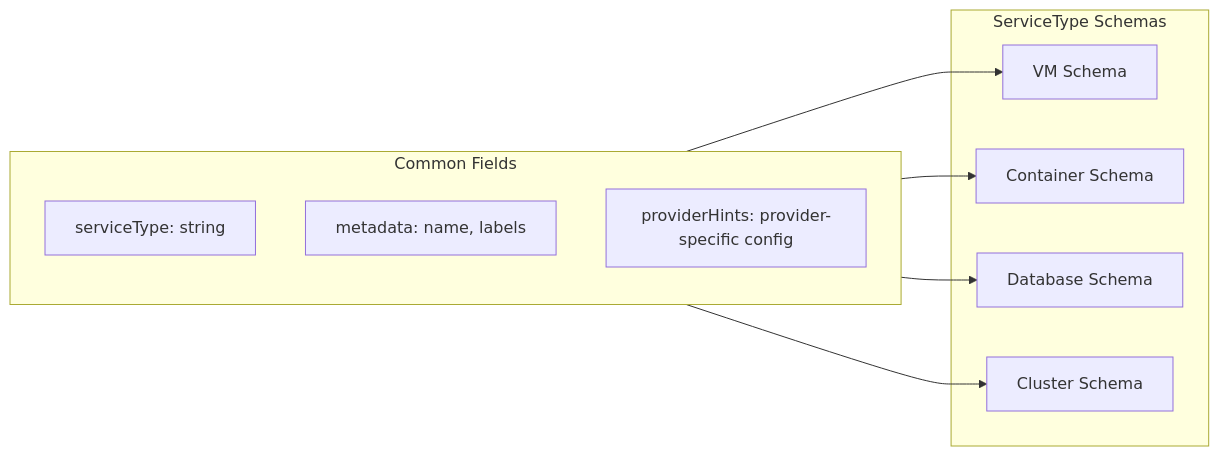
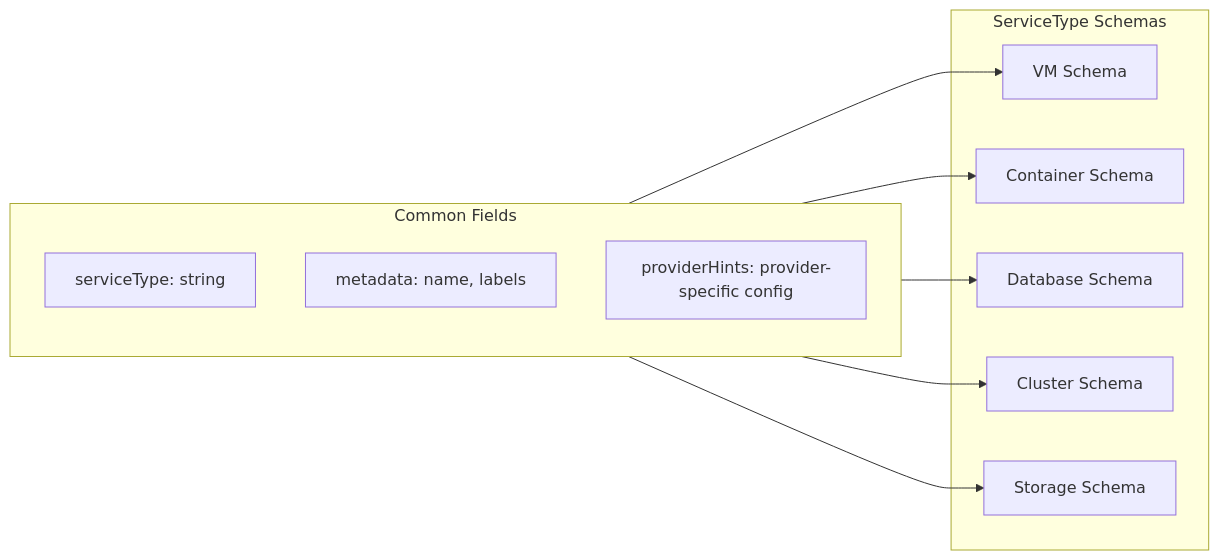
Before and after one commit to dcm-project/enhancements: the fourth of 19 diagrams in enhancements/user-flows/user-flows.md, drawn with Mermaid. The commit also changed other lines of this file and 5 other files, not shown here.

````diff
--- a/enhancements/user-flows/user-flows.md
+++ b/enhancements/user-flows/user-flows.md
@@ -285,20 +286,22 @@
 ```mermaid
 graph LR
     subgraph CommonFields[Common Fields]
         ST[serviceType: string]
         MD[metadata: name, labels]
         PH[providerHints: provider-specific config]
     end
 
     subgraph ServiceTypeSchemas[ServiceType Schemas]
         VM[VM Schema]
         CT[Container Schema]
         DBS[Database Schema]
         CL[Cluster Schema]
+        STG[Storage Schema]
     end
 
     CommonFields --> VM
     CommonFields --> CT
     CommonFields --> DBS
     CommonFields --> CL
+    CommonFields --> STG
 ```
````
